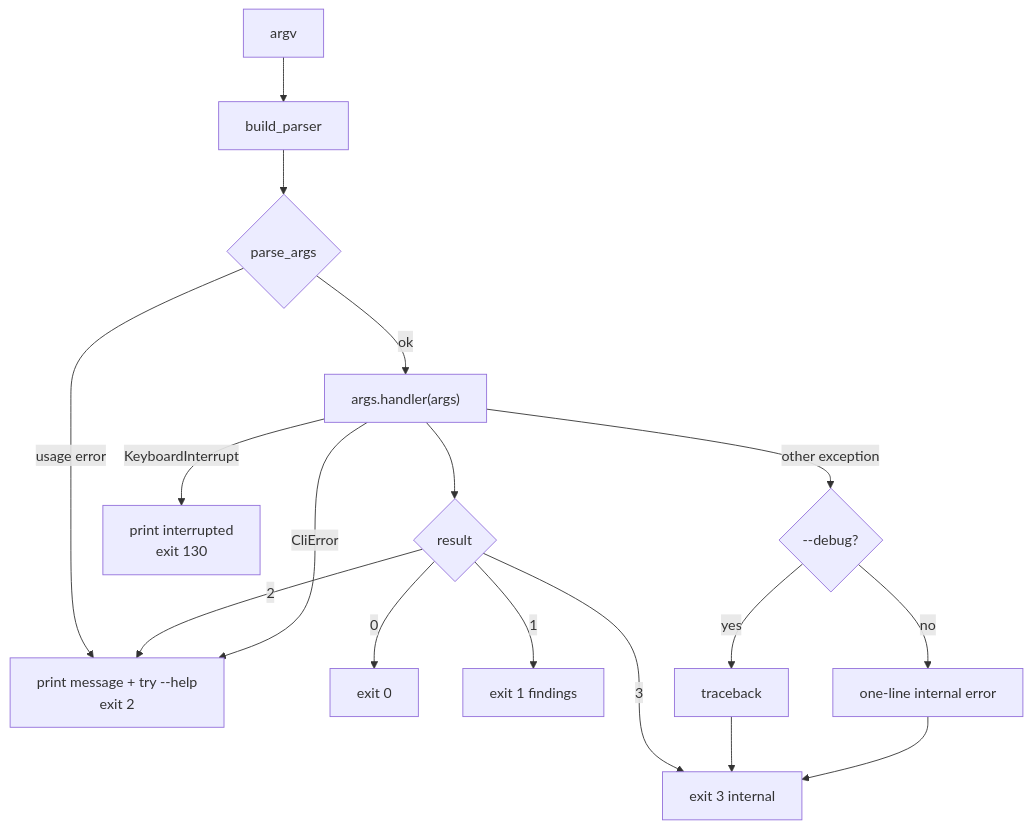
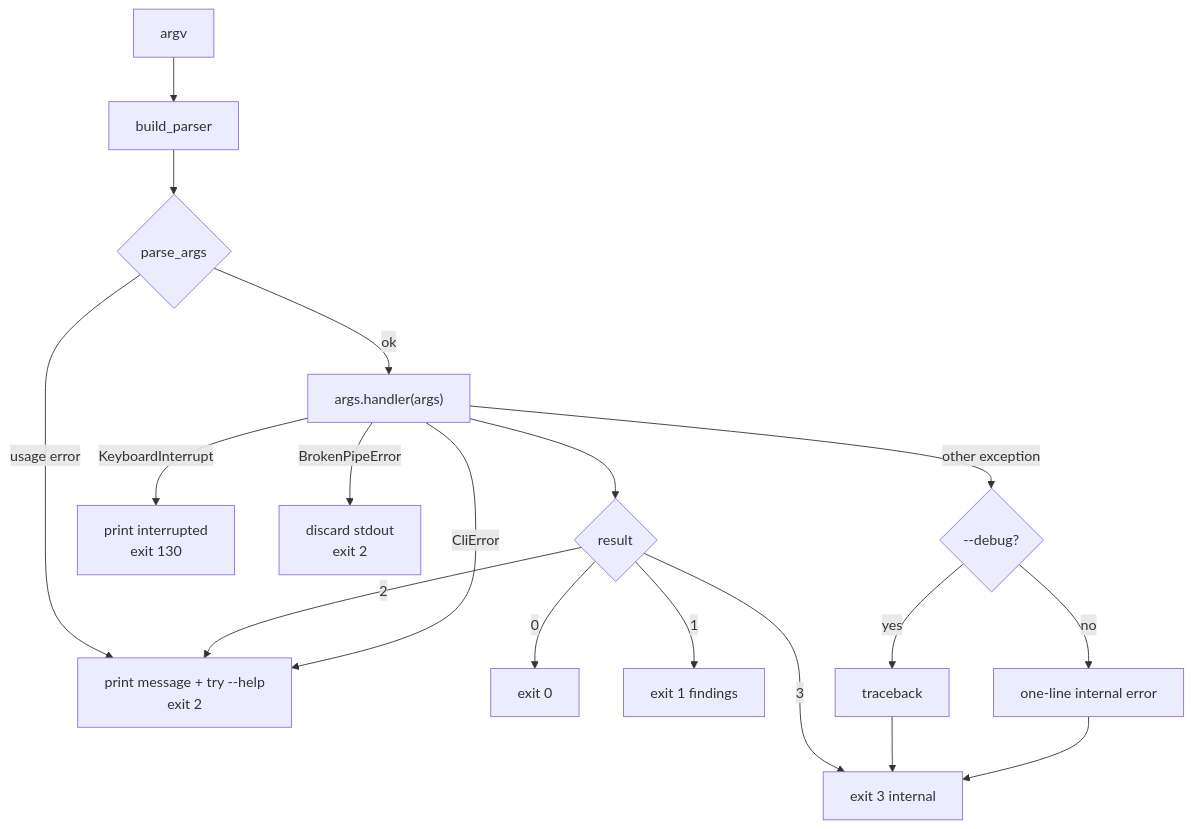
Before and after one commit to SorenHJohansen/sattline-parser: the diagram in docs/cli.md, drawn with Mermaid. The commit also changed other lines of this file and 131 other files, not shown here.

````diff
--- a/docs/cli.md
+++ b/docs/cli.md
@@ -20,19 +20,20 @@
 ```mermaid
 flowchart TB
     A["argv"] --> B["build_parser"]
     B --> C{"parse_args"}
     C -->|usage error| U["print message + try --help<br/>exit 2"]
     C -->|ok| D["args.handler(args)"]
     D --> E{"result"}
     E -->|0| OK["exit 0"]
     E -->|1| F["exit 1 findings"]
     E -->|2| U
     E -->|3| I["exit 3 internal"]
     D -->|CliError| U
     D -->|KeyboardInterrupt| K["print interrupted<br/>exit 130"]
+    D -->|BrokenPipeError| P["discard stdout<br/>exit 2"]
     D -->|other exception| X{"--debug?"}
     X -->|yes| T["traceback"]
     X -->|no| O["one-line internal error"]
     T --> I
     O --> I
 ```
````
